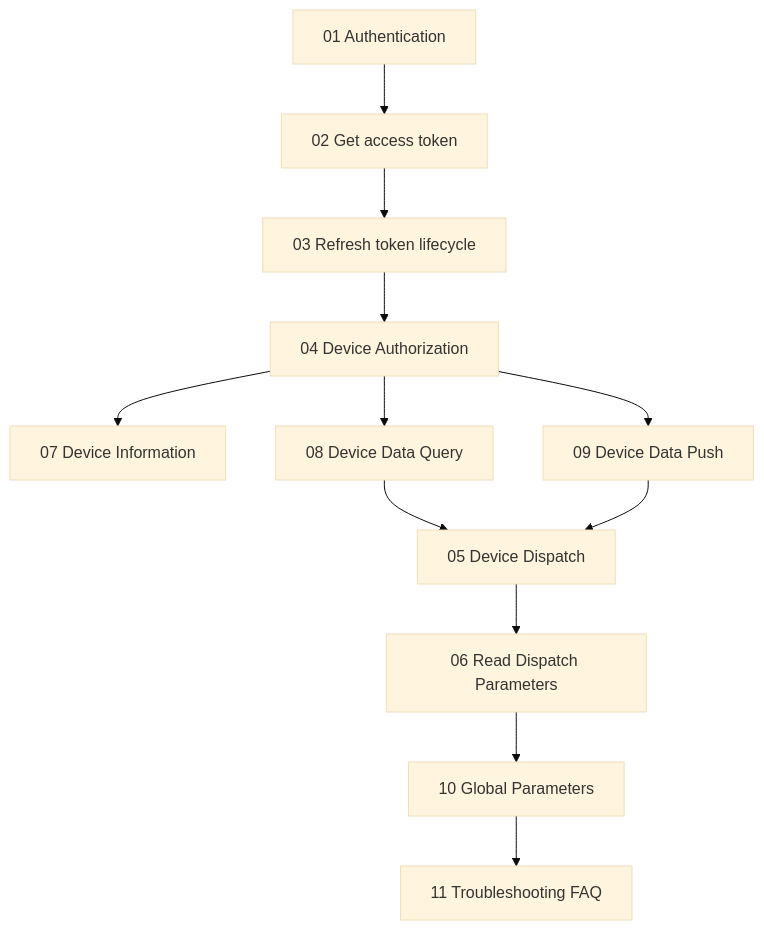
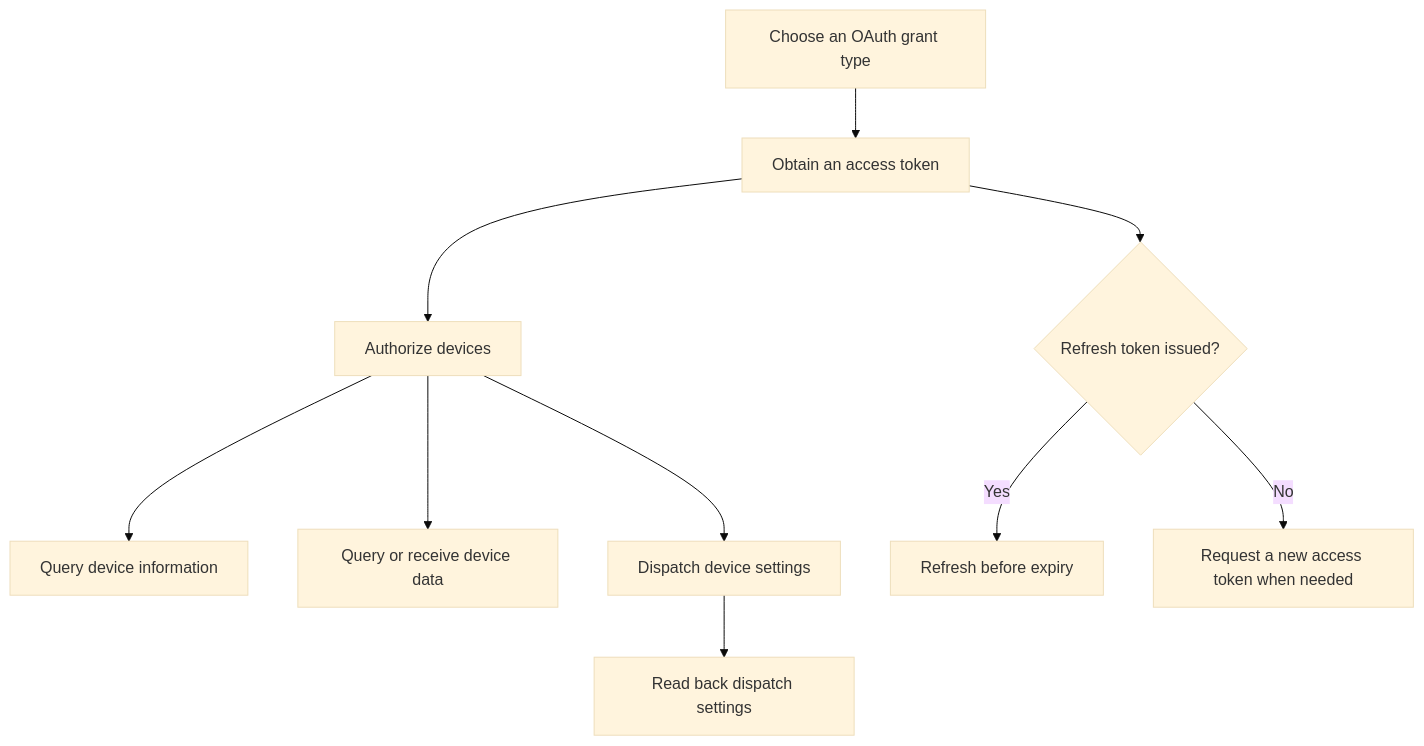
Before and after one commit to EugeneJian/growatt-unified-api: the first of 2 diagrams in Growatt API/OPENAPI/README.md, drawn with Mermaid (base theme). The commit also changed other lines of this file and 46 other files, not shown here.

````diff
--- a/Growatt API/OPENAPI/README.md
+++ b/Growatt API/OPENAPI/README.md
@@ -7,15 +7,12 @@
 ```mermaid
-%% 本代码严格遵循AI生成Mermaid代码的终极准则v4.1（Mermaid终极大师）
 flowchart TD
-    A["01 Authentication"] --> B["02 Get access token"]
-    B --> C["03 Refresh token lifecycle"]
-    C --> D["04 Device Authorization"]
-    D --> E["07 Device Information"]
-    D --> F["08 Device Data Query"]
-    D --> G["09 Device Data Push"]
-    F --> H["05 Device Dispatch"]
-    H --> I["06 Read Dispatch Parameters"]
-    G --> H
-    I --> J["10 Global Parameters"]
-    J --> K["11 Troubleshooting FAQ"]
+    A["Choose an OAuth grant type"] --> B["Obtain an access token"]
+    B --> C["Authorize devices"]
+    C --> D["Query device information"]
+    C --> E["Query or receive device data"]
+    C --> F["Dispatch device settings"]
+    F --> G["Read back dispatch settings"]
+    B --> H{"Refresh token issued?"}
+    H -->|"Yes"| I["Refresh before expiry"]
+    H -->|"No"| J["Request a new access token when needed"]
 ```
````
